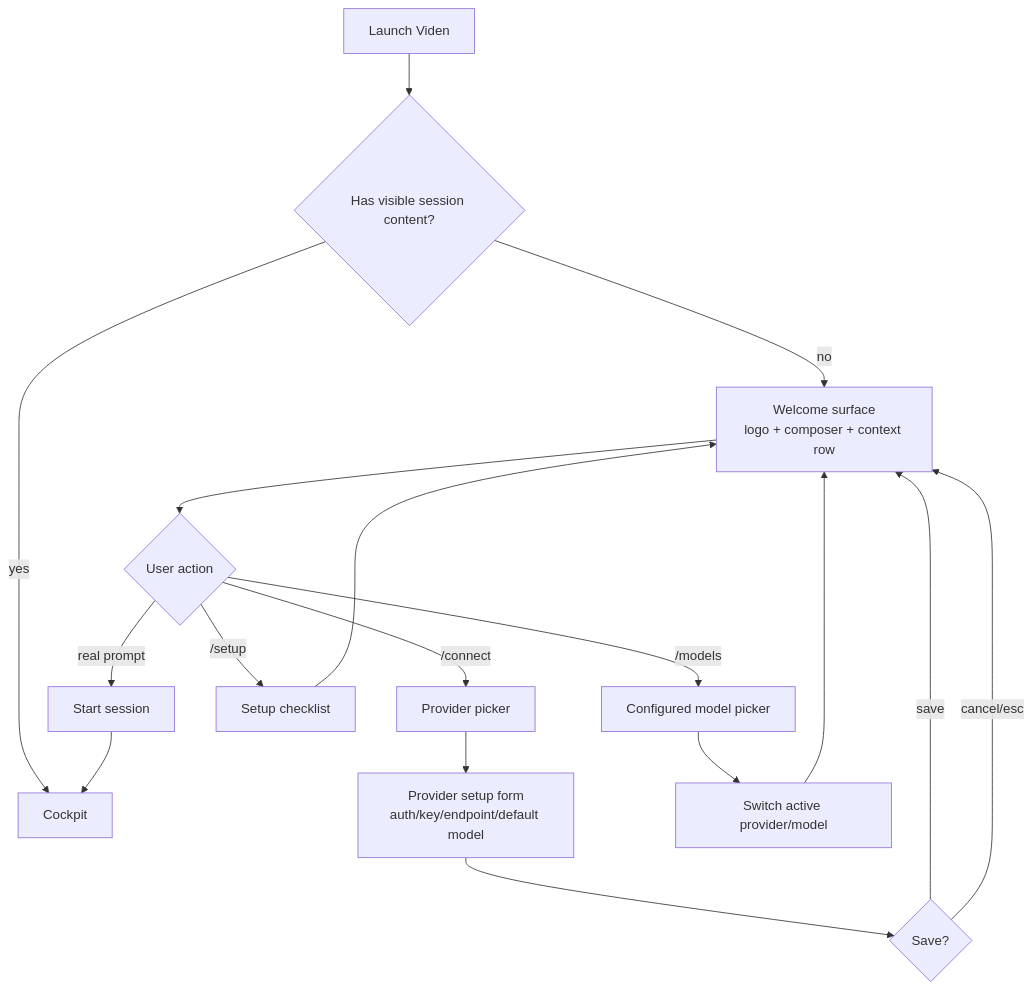
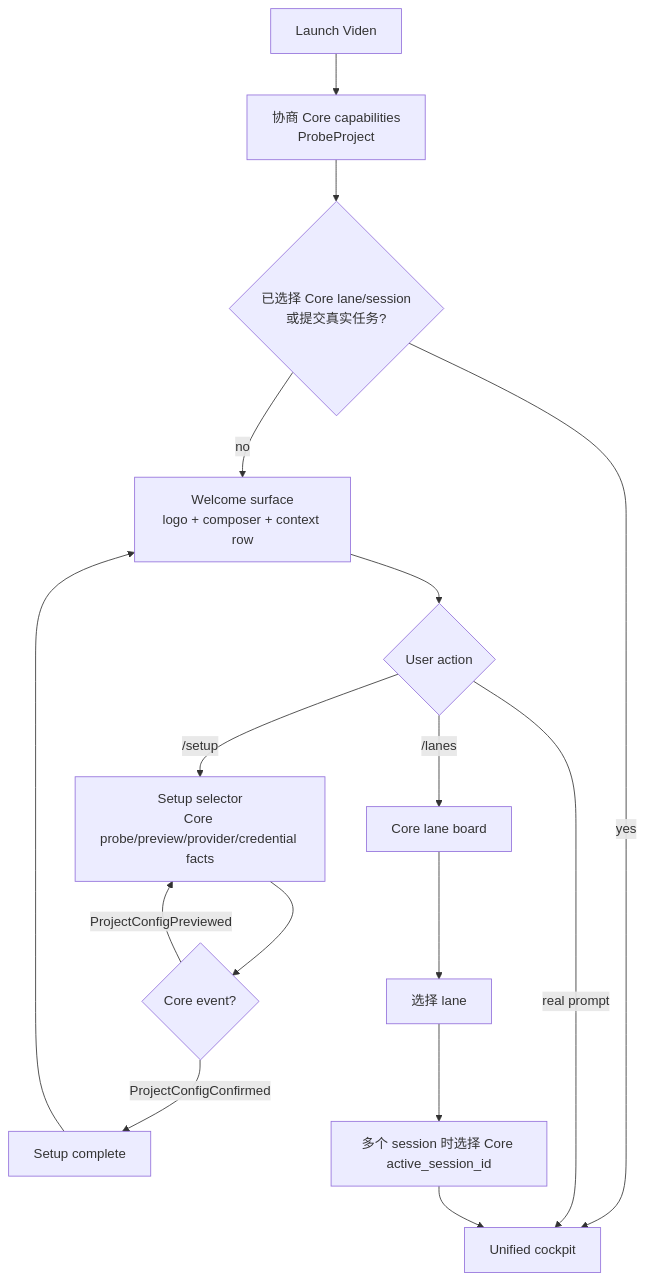
The fourth of 10 diagrams in docs/tui-interaction-flow-design.zh-CN.md (wikieden/robocode), drawn with Mermaid before and after one commit. The commit also changed other lines of this file and 21 other files, not shown here.

Commit message:
feat(tui): deliver the unified cockpit flow

````diff
--- a/docs/tui-interaction-flow-design.zh-CN.md
+++ b/docs/tui-interaction-flow-design.zh-CN.md
@@ -136,22 +138,20 @@
 ```mermaid
 flowchart TD
-    A["Launch Viden"] --> B{"Has visible session content?"}
-    B -->|no| C["Welcome surface<br/>logo + composer + context row"]
-    B -->|yes| D["Cockpit"]
+    A["Launch Viden"] --> B["协商 Core capabilities<br/>ProbeProject"]
+    B --> C{"已选择 Core lane/session<br/>或提交真实任务?"}
+    C -->|no| D["Welcome surface<br/>logo + composer + context row"]
+    C -->|yes| E["Unified cockpit"]
 
-    C --> E{"User action"}
-    E -->|/connect| F["Provider picker"]
-    E -->|/models| G["Configured model picker"]
-    E -->|/setup| H["Setup checklist"]
-    E -->|real prompt| I["Start session"]
+    D --> F{"User action"}
+    F -->|/setup| G["Setup selector<br/>Core probe/preview/provider/credential facts"]
+    F -->|/lanes| H["Core lane board"]
+    F -->|real prompt| E
 
-    F --> J["Provider setup form<br/>auth/key/endpoint/default model"]
-    J --> K{"Save?"}
-    K -->|save| C
-    K -->|cancel/esc| C
-
-    G --> L["Switch active provider/model"]
-    L --> C
-    H --> C
-    I --> D
+    G --> I{"Core event?"}
+    I -->|ProjectConfigPreviewed| G
+    I -->|ProjectConfigConfirmed| J["Setup complete"]
+    J --> D
+    H --> K["选择 lane"]
+    K --> L["多个 session 时选择 Core active_session_id"]
+    L --> E
 ```
````
